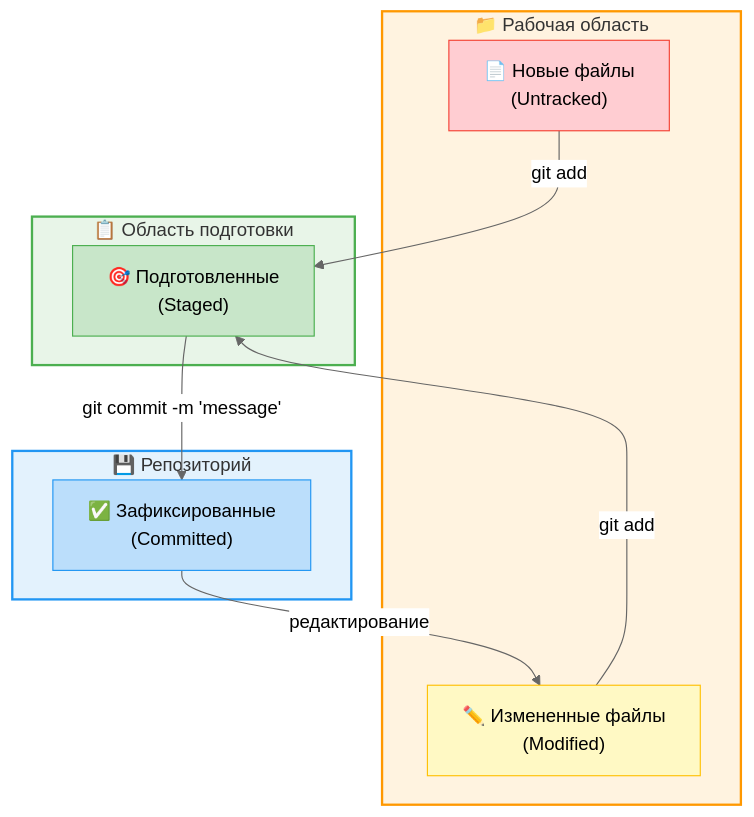
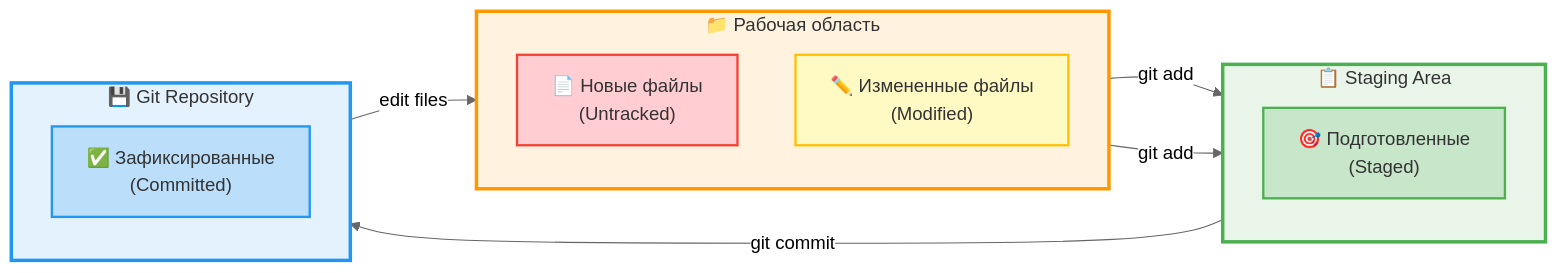
One commit to Alex-0293/TopWebStack changed the second of 4 diagrams in docs/chapter-04-git.md. Above: the diagram before and after it, drawn with Mermaid (neutral theme). The commit also changed other lines of this file, not shown here.

First line of the commit message:
style(git): привести стиль диаграмм главы 4 в соответствие с главой 3

````diff
--- a/docs/chapter-04-git.md
+++ b/docs/chapter-04-git.md
@@ -124,29 +133,31 @@
 ```mermaid
-flowchart TB
+graph LR
     subgraph workspace["📁 Рабочая область"]
+        direction TB
         untracked["📄 Новые файлы<br/>(Untracked)"]
         modified["✏️ Измененные файлы<br/>(Modified)"]
     end
     
-    subgraph staging["📋 Область подготовки"]
+    subgraph staging_area["📋 Staging Area"]
+        direction TB
         staged["🎯 Подготовленные<br/>(Staged)"]
     end
     
-    subgraph repository["💾 Репозиторий"]
+    subgraph git_repo["💾 Git Repository"]
+        direction TB
         committed["✅ Зафиксированные<br/>(Committed)"]
     end
     
     untracked --> |"git add"| staged
     modified --> |"git add"| staged
-    staged --> |"git commit -m 'message'"| committed
-    committed --> |"редактирование"| modified
+    staged --> |"git commit"| committed
+    committed --> |"edit files"| modified
     
-    style workspace fill:#fff3e0,stroke:#ff9800,stroke-width:2px
-    style staging fill:#e8f5e8,stroke:#4caf50,stroke-width:2px
-    style repository fill:#e3f2fd,stroke:#2196f3,stroke-width:2px
-    
-    style untracked fill:#ffcdd2,stroke:#f44336
-    style modified fill:#fff9c4,stroke:#ffc107
-    style staged fill:#c8e6c9,stroke:#4caf50
-    style committed fill:#bbdefb,stroke:#2196f3
+    style workspace fill:#FFF3E0,stroke:#FF9800,stroke-width:3px,color:#333
+    style staging_area fill:#E8F5E8,stroke:#4CAF50,stroke-width:3px,color:#333
+    style git_repo fill:#E3F2FD,stroke:#2196F3,stroke-width:3px,color:#333
+    style untracked fill:#FFCDD2,stroke:#F44336,stroke-width:2px,color:#333
+    style modified fill:#FFF9C4,stroke:#FFC107,stroke-width:2px,color:#333
+    style staged fill:#C8E6C9,stroke:#4CAF50,stroke-width:2px,color:#333
+    style committed fill:#BBDEFB,stroke:#2196F3,stroke-width:2px,color:#333
 ```
````
